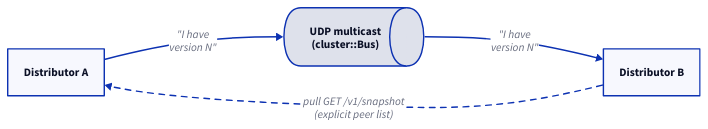
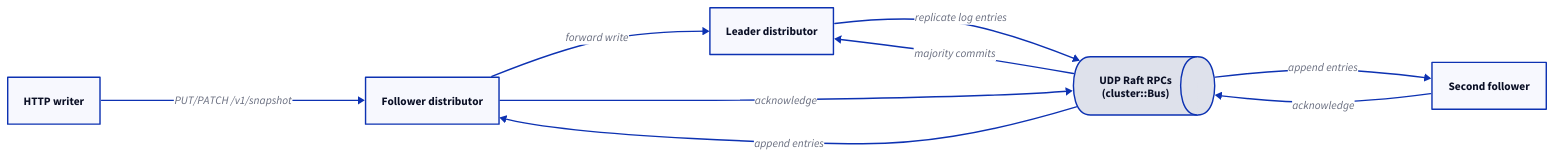
One commit to Kronuz/Detent changed the diagram in diagrams/03_gossip.d2. Above: the diagram before and after it, drawn with D2. The commit also changed 7 other files, not shown here.

First line of the commit message:
Correct public documentation and classic architecture diagrams

```diff
--- a/diagrams/03_gossip.d2
+++ b/diagrams/03_gossip.d2
@@ -1,23 +1,17 @@
-# Cross-replica propagation only -- what each box contains is
-# 02_distributor_internals.d2. Every peer is addressed by an explicit
-# configured host:port list, not inferred from the multicast sender
-# (every replica on one host shares a source IP but a different port).
+# Classic distributor Raft replication over the configured UDP bus.
 direction: right
 
-a: Distributor A {
-  shape: rectangle
-}
+client: HTTP writer
+leader: Leader distributor
+bus: "UDP Raft RPCs\n(cluster::Bus)" {shape: queue}
+follower: Follower distributor
+peer: Second follower
 
-bus: UDP multicast\n(cluster::Bus) {
-  shape: queue
-}
-
-b: Distributor B {
-  shape: rectangle
-}
-
-a -> bus: "\"I have\nversion N\""
-bus -> b: "\"I have\nversion N\""
-b -> a: "pull GET /v1/snapshot\n(explicit peer list)" {
-  style.stroke-dash: 4
-}
+client -> follower: "PUT/PATCH /v1/snapshot"
+follower -> leader: "forward write"
+leader -> bus: "replicate log entries"
+bus -> follower: "append entries"
+bus -> peer: "append entries"
+follower -> bus: "acknowledge"
+peer -> bus: "acknowledge"
+bus -> leader: "majority commits"
```
